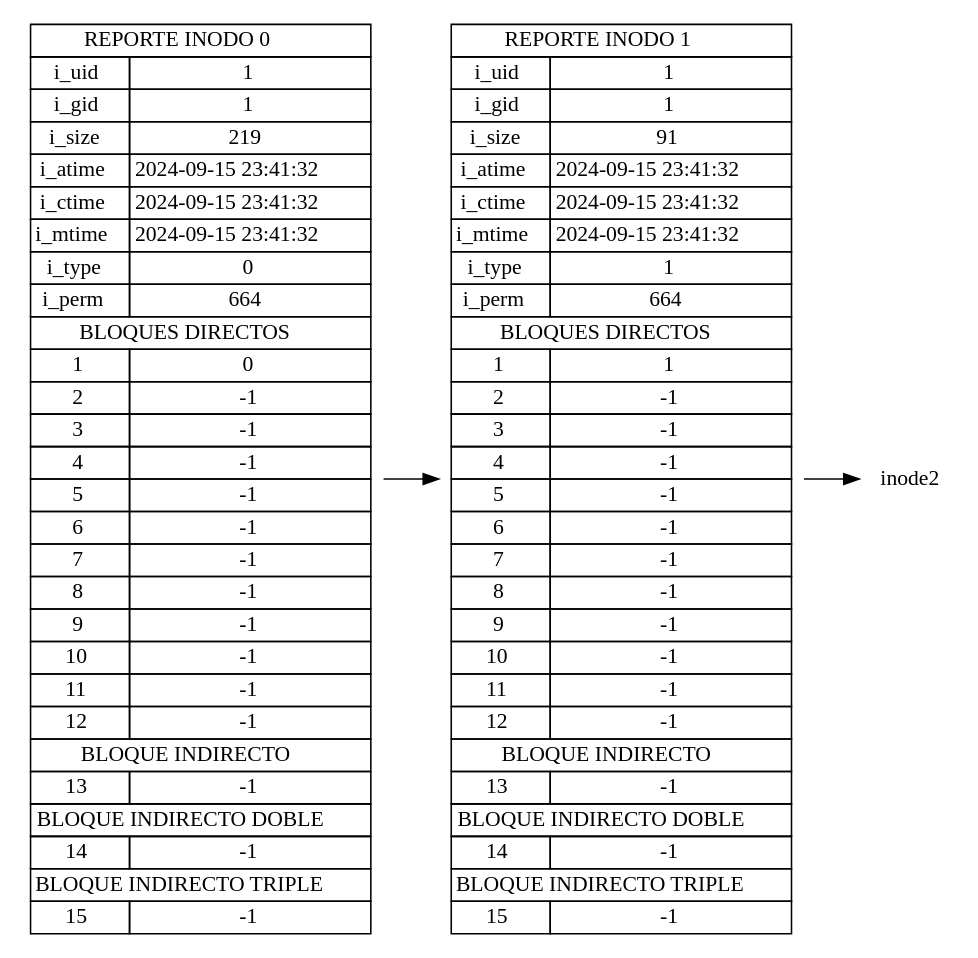
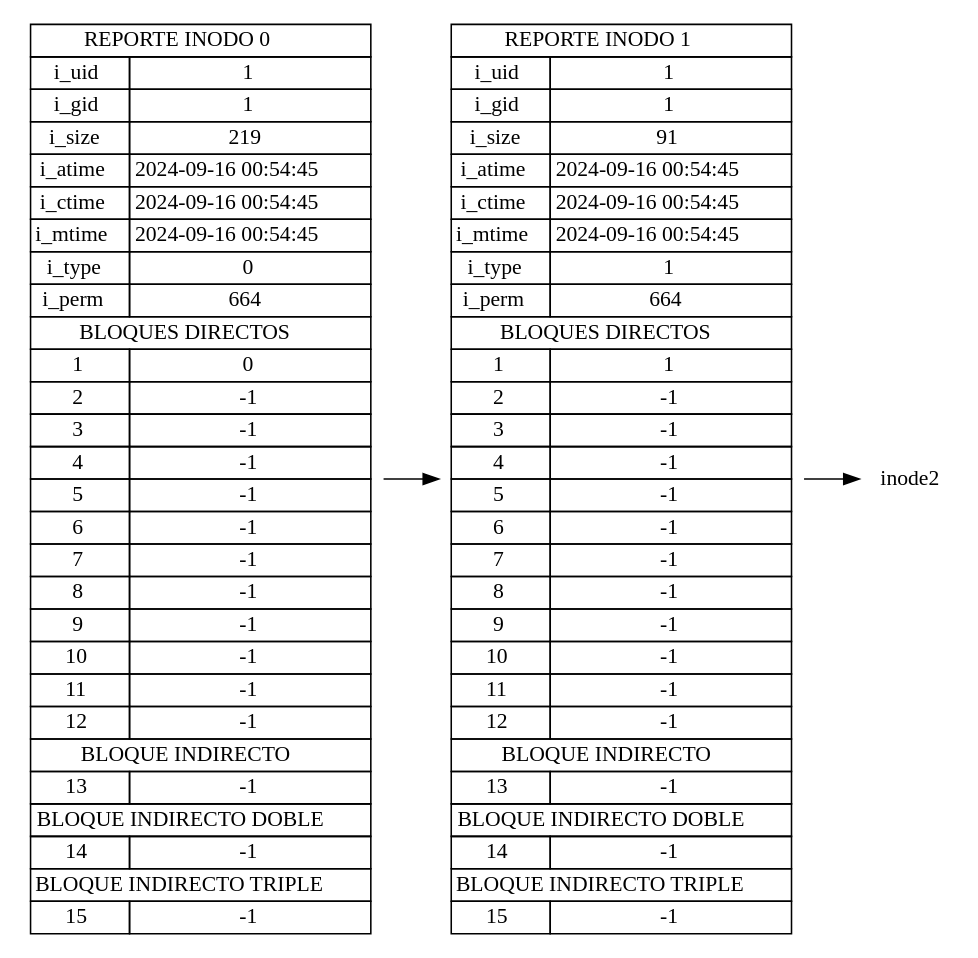
One commit to Josue013/MIA_2S_P1_202202481 changed the diagram in output/reporteINODE.pdf.dot. Above: the diagram before and after it, drawn with Graphviz. The commit also changed 15 other files, not shown here.

```diff
--- a/output/reporteINODE.pdf.dot
+++ b/output/reporteINODE.pdf.dot
@@ -1,46 +1,46 @@
 digraph G {
 			rankdir=LR;
 			node [shape=plaintext]
 	inode0 [label=<
 					<table border="0" cellborder="1" cellspacing="0">
 							<tr><td colspan="2"> REPORTE INODO 0 </td></tr>
 							<tr><td>i_uid</td><td>1</td></tr>
 							<tr><td>i_gid</td><td>1</td></tr>
 							<tr><td>i_size</td><td>219</td></tr>
-							<tr><td>i_atime</td><td>2024-09-15 23:41:32</td></tr>
-							<tr><td>i_ctime</td><td>2024-09-15 23:41:32</td></tr>
-							<tr><td>i_mtime</td><td>2024-09-15 23:41:32</td></tr>
+							<tr><td>i_atime</td><td>2024-09-16 00:54:45</td></tr>
+							<tr><td>i_ctime</td><td>2024-09-16 00:54:45</td></tr>
+							<tr><td>i_mtime</td><td>2024-09-16 00:54:45</td></tr>
 							<tr><td>i_type</td><td>0</td></tr>
 							<tr><td>i_perm</td><td>664</td></tr>
 							<tr><td colspan="2">BLOQUES DIRECTOS</td></tr>
 					<tr><td>1</td><td>0</td></tr><tr><td>2</td><td>-1</td></tr><tr><td>3</td><td>-1</td></tr><tr><td>4</td><td>-1</td></tr><tr><td>5</td><td>-1</td></tr><tr><td>6</td><td>-1</td></tr><tr><td>7</td><td>-1</td></tr><tr><td>8</td><td>-1</td></tr><tr><td>9</td><td>-1</td></tr><tr><td>10</td><td>-1</td></tr><tr><td>11</td><td>-1</td></tr><tr><td>12</td><td>-1</td></tr>
 							<tr><td colspan="2">BLOQUE INDIRECTO</td></tr>
 							<tr><td>13</td><td>-1</td></tr>
 							<tr><td colspan="2">BLOQUE INDIRECTO DOBLE</td></tr>
 							<tr><td>14</td><td>-1</td></tr>
 							<tr><td colspan="2">BLOQUE INDIRECTO TRIPLE</td></tr>
 							<tr><td>15</td><td>-1</td></tr>
 					</table>>];
 			inode0 -> inode1;
 inode1 [label=<
 					<table border="0" cellborder="1" cellspacing="0">
 							<tr><td colspan="2"> REPORTE INODO 1 </td></tr>
 							<tr><td>i_uid</td><td>1</td></tr>
 							<tr><td>i_gid</td><td>1</td></tr>
 							<tr><td>i_size</td><td>91</td></tr>
-							<tr><td>i_atime</td><td>2024-09-15 23:41:32</td></tr>
-							<tr><td>i_ctime</td><td>2024-09-15 23:41:32</td></tr>
-							<tr><td>i_mtime</td><td>2024-09-15 23:41:32</td></tr>
+							<tr><td>i_atime</td><td>2024-09-16 00:54:45</td></tr>
+							<tr><td>i_ctime</td><td>2024-09-16 00:54:45</td></tr>
+							<tr><td>i_mtime</td><td>2024-09-16 00:54:45</td></tr>
 							<tr><td>i_type</td><td>1</td></tr>
 							<tr><td>i_perm</td><td>664</td></tr>
 							<tr><td colspan="2">BLOQUES DIRECTOS</td></tr>
 					<tr><td>1</td><td>1</td></tr><tr><td>2</td><td>-1</td></tr><tr><td>3</td><td>-1</td></tr><tr><td>4</td><td>-1</td></tr><tr><td>5</td><td>-1</td></tr><tr><td>6</td><td>-1</td></tr><tr><td>7</td><td>-1</td></tr><tr><td>8</td><td>-1</td></tr><tr><td>9</td><td>-1</td></tr><tr><td>10</td><td>-1</td></tr><tr><td>11</td><td>-1</td></tr><tr><td>12</td><td>-1</td></tr>
 							<tr><td colspan="2">BLOQUE INDIRECTO</td></tr>
 							<tr><td>13</td><td>-1</td></tr>
 							<tr><td colspan="2">BLOQUE INDIRECTO DOBLE</td></tr>
 							<tr><td>14</td><td>-1</td></tr>
 							<tr><td colspan="2">BLOQUE INDIRECTO TRIPLE</td></tr>
 							<tr><td>15</td><td>-1</td></tr>
 					</table>>];
 			inode1 -> inode2;
 }
```
